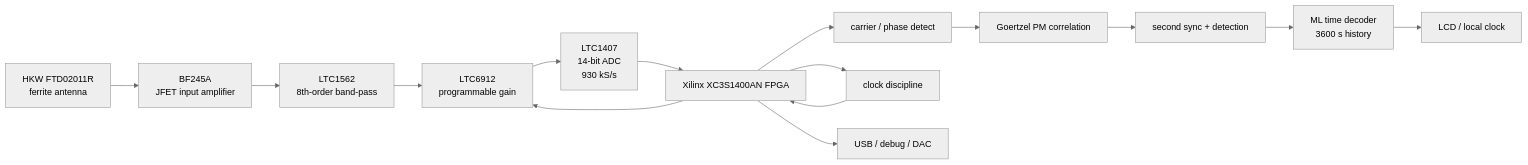
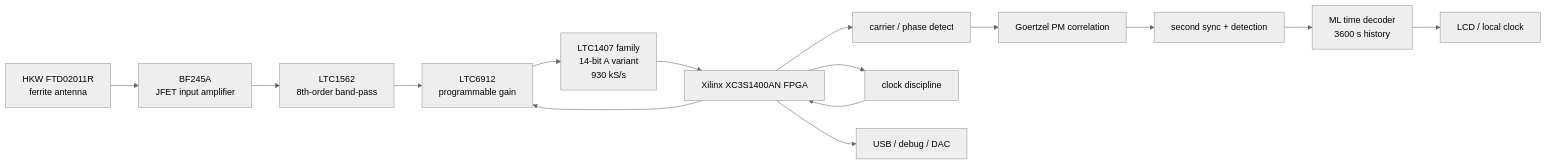
The diagram in README.md (happyvm/DCF_77_engler-implementation), drawn with Mermaid (neutral theme) before and after one commit. The commit also changed other lines of this file, not shown here.

Commit message:
Update reconstruction roadmap and resolved PRN status

````diff
--- a/README.md
+++ b/README.md
@@ -24,17 +30,17 @@
 ```mermaid
 flowchart LR
     A[HKW FTD02011R\nferrite antenna] --> B[BF245A\nJFET input amplifier]
     B --> C[LTC1562\n8th-order band-pass]
     C --> D[LTC6912\nprogrammable gain]
-    D --> E[LTC1407\n14-bit ADC\n930 kS/s]
+    D --> E[LTC1407 family\n14-bit A variant\n930 kS/s]
     E --> F[Xilinx XC3S1400AN FPGA]
     F --> G[carrier / phase detect]
     G --> H[Goertzel PM correlation]
     H --> I[second sync + detection]
     I --> J[ML time decoder\n3600 s history]
     J --> K[LCD / local clock]
     F --> D
     F --> L[clock discipline]
     L --> F
     F --> M[USB / debug / DAC]
 ```
````
